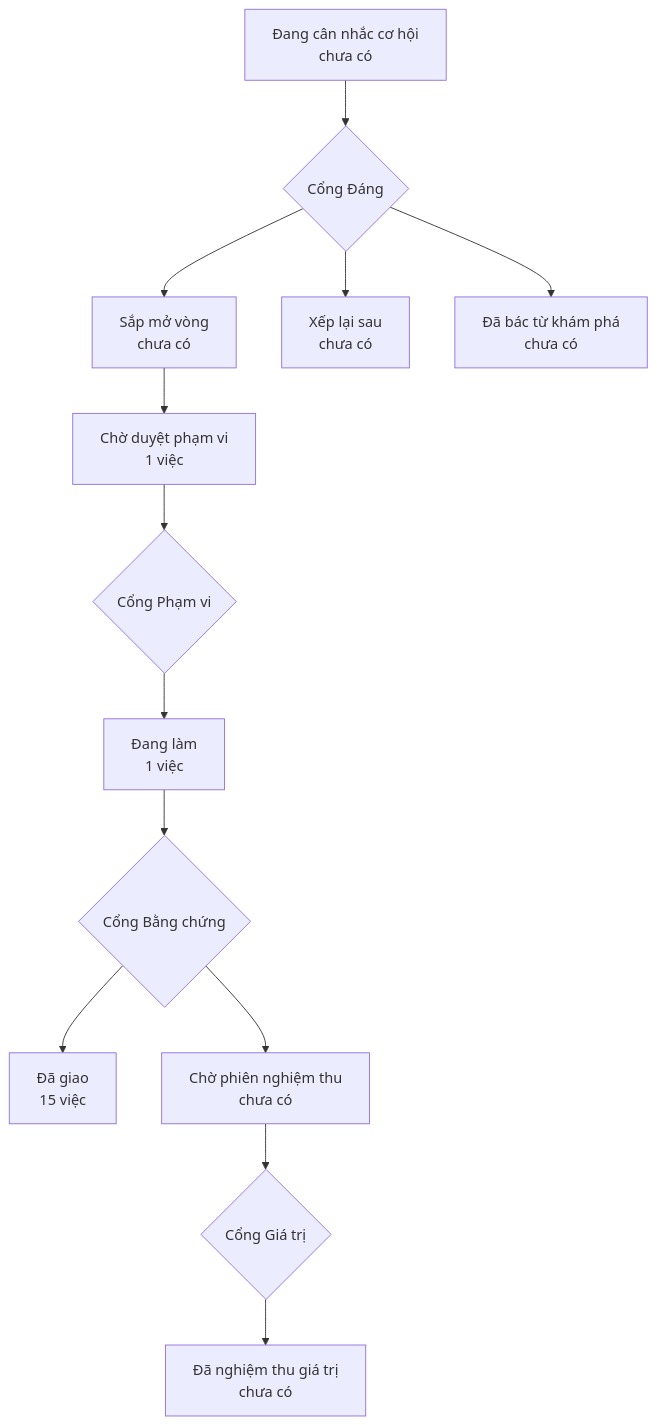
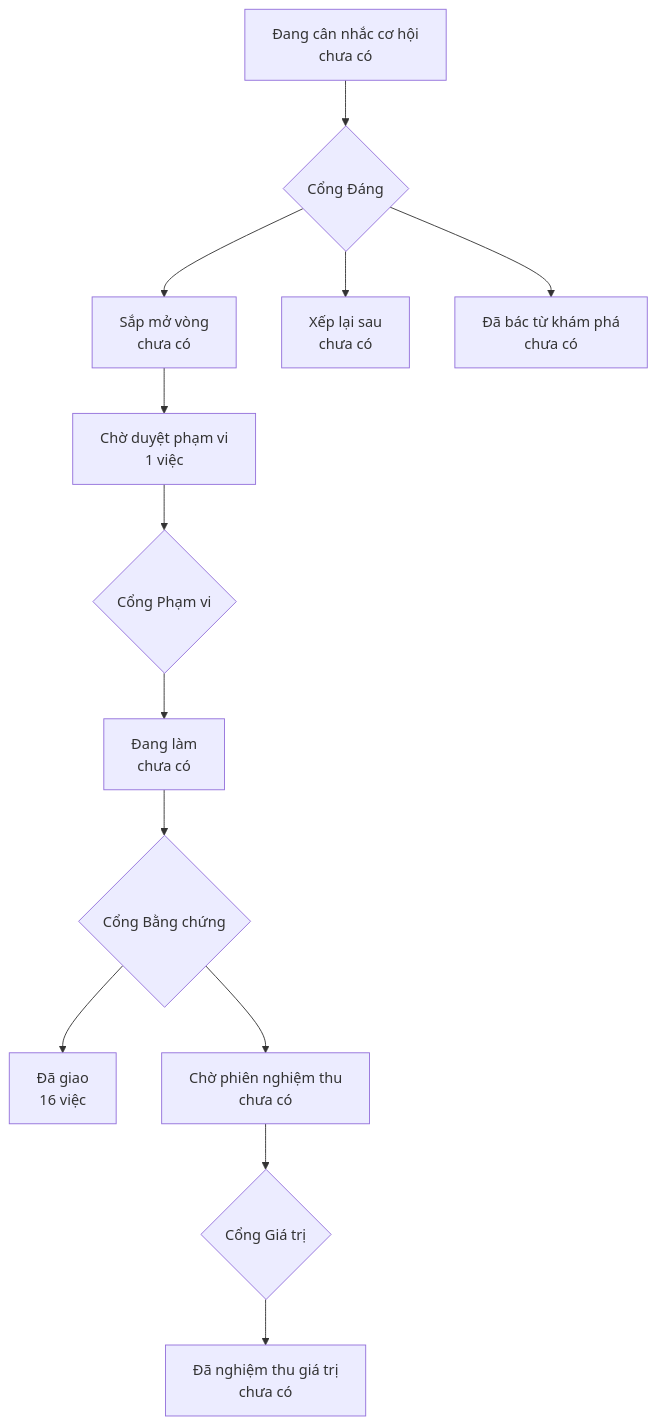
The diagram in PRODUCT-MAP.md (phanlemanh/acceptance-gate-kit), drawn with Mermaid before and after one commit. The commit also changed other lines of this file and 2 other files, not shown here.

Commit message:
signoff(product-map-uat-session): Gate 2 — Manh Phan 2026-08-04, PASS round 16, 7 known-limits

````diff
--- a/PRODUCT-MAP.md
+++ b/PRODUCT-MAP.md
@@ -6,12 +6,12 @@
 ```mermaid
 flowchart TD
   A["Đang cân nhắc cơ hội<br/>chưa có"] --> GD{"Cổng Đáng"}
   GD --> B["Sắp mở vòng<br/>chưa có"]
   GD --> XL["Xếp lại sau<br/>chưa có"]
   GD --> DB["Đã bác từ khám phá<br/>chưa có"]
   B --> CD["Chờ duyệt phạm vi<br/>1 việc"] --> GP{"Cổng Phạm vi"}
-  GP --> DL["Đang làm<br/>1 việc"] --> GB{"Cổng Bằng chứng"}
-  GB --> DG["Đã giao<br/>15 việc"]
+  GP --> DL["Đang làm<br/>chưa có"] --> GB{"Cổng Bằng chứng"}
+  GB --> DG["Đã giao<br/>16 việc"]
   GB --> CN["Chờ phiên nghiệm thu<br/>chưa có"] --> GG{"Cổng Giá trị"}
   GG --> NT["Đã nghiệm thu giá trị<br/>chưa có"]
 ```
````
